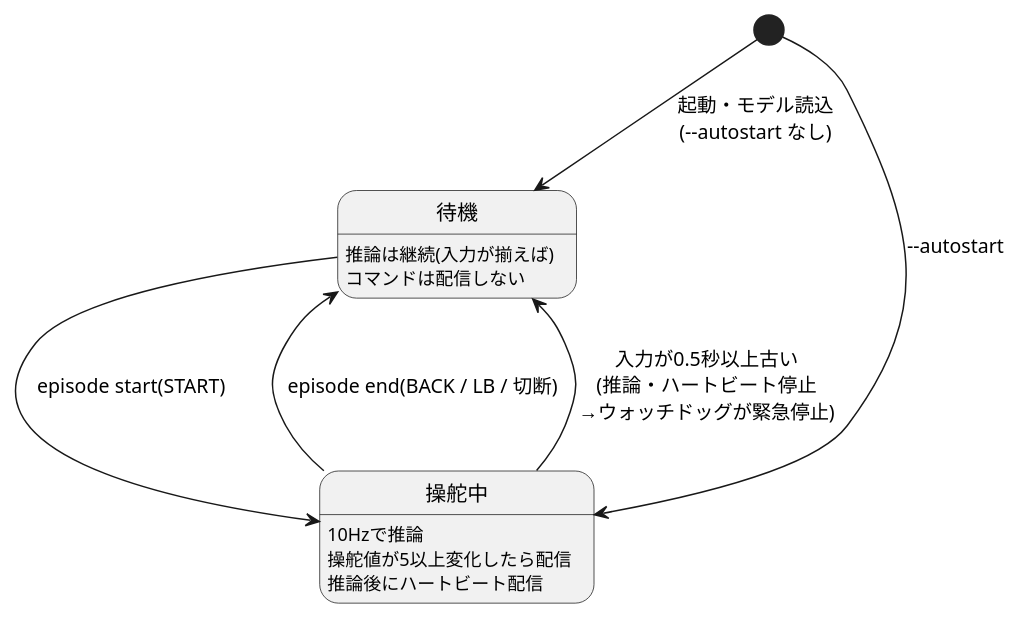
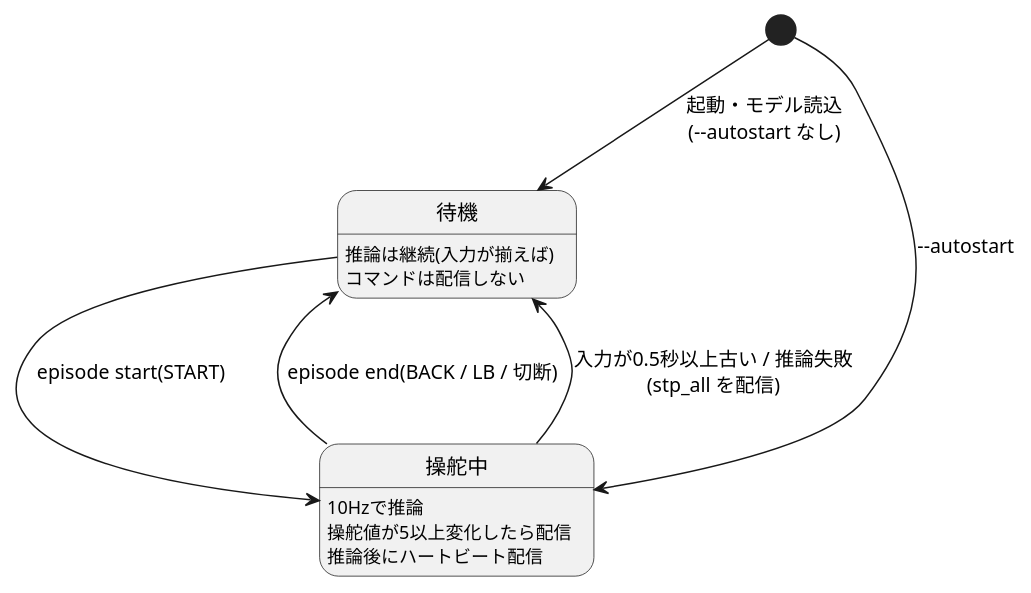
Before and after one commit to coolerking/robobike_bridge: the sixth of 10 diagrams in doc/architecture_design.md, drawn with PlantUML. The commit also changed other lines of this file and 9 other files, not shown here.

````diff
--- a/doc/architecture_design.md
+++ b/doc/architecture_design.md
@@ -501,14 +503,14 @@
 ```plantuml
 @startuml policy_state
 [*] --> 待機 : 起動・モデル読込\n(--autostart なし)
 [*] --> 操舵中 : --autostart
 待機 --> 操舵中 : episode start(START)
 操舵中 --> 待機 : episode end(BACK / LB / 切断)
-操舵中 --> 待機 : 入力が0.5秒以上古い\n(推論・ハートビート停止\n→ウォッチドッグが緊急停止)
+操舵中 --> 待機 : 入力が0.5秒以上古い / 推論失敗\n(stp_all を配信)
 待機 : 推論は継続(入力が揃えば)
 待機 : コマンドは配信しない
 操舵中 : 10Hzで推論
 操舵中 : 操舵値が5以上変化したら配信
 操舵中 : 推論後にハートビート配信
 @enduml
 ```
````
